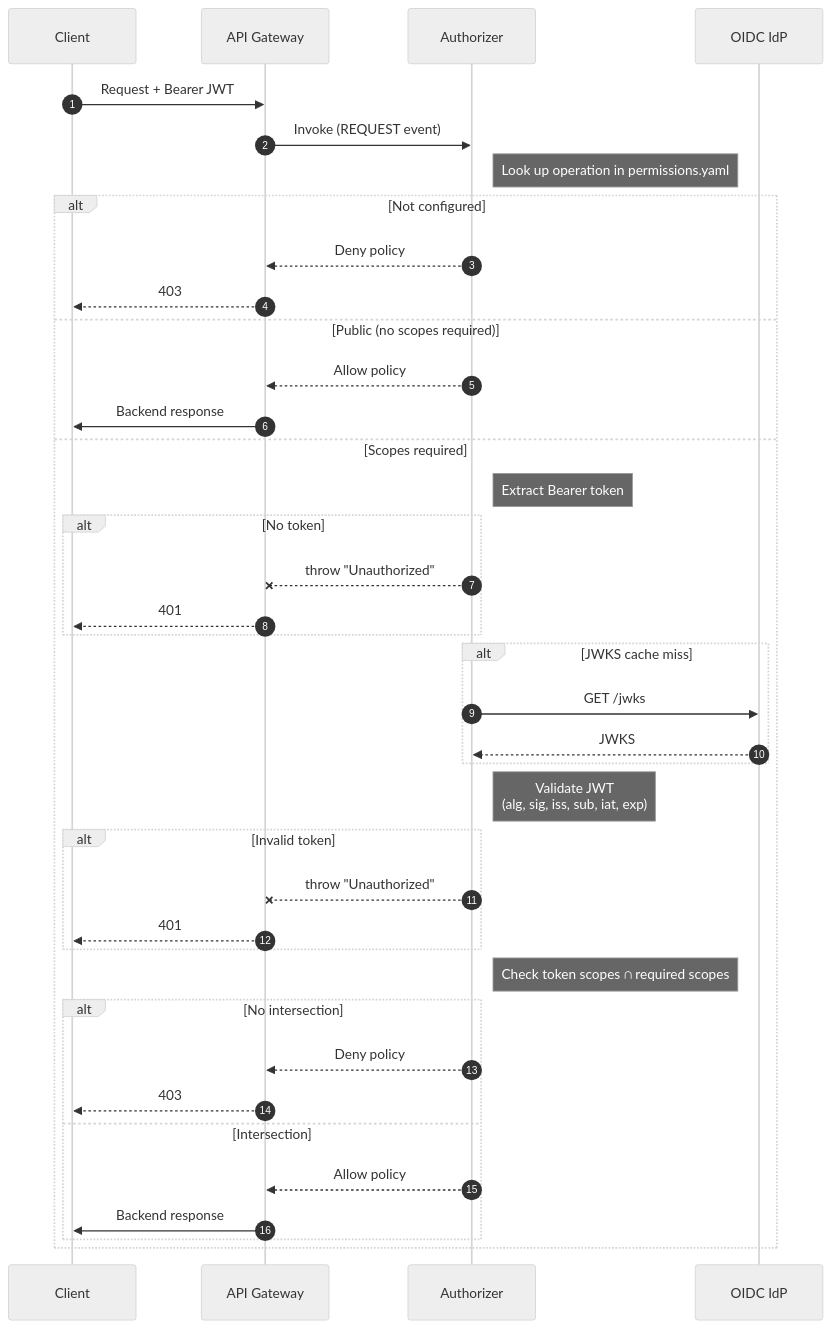
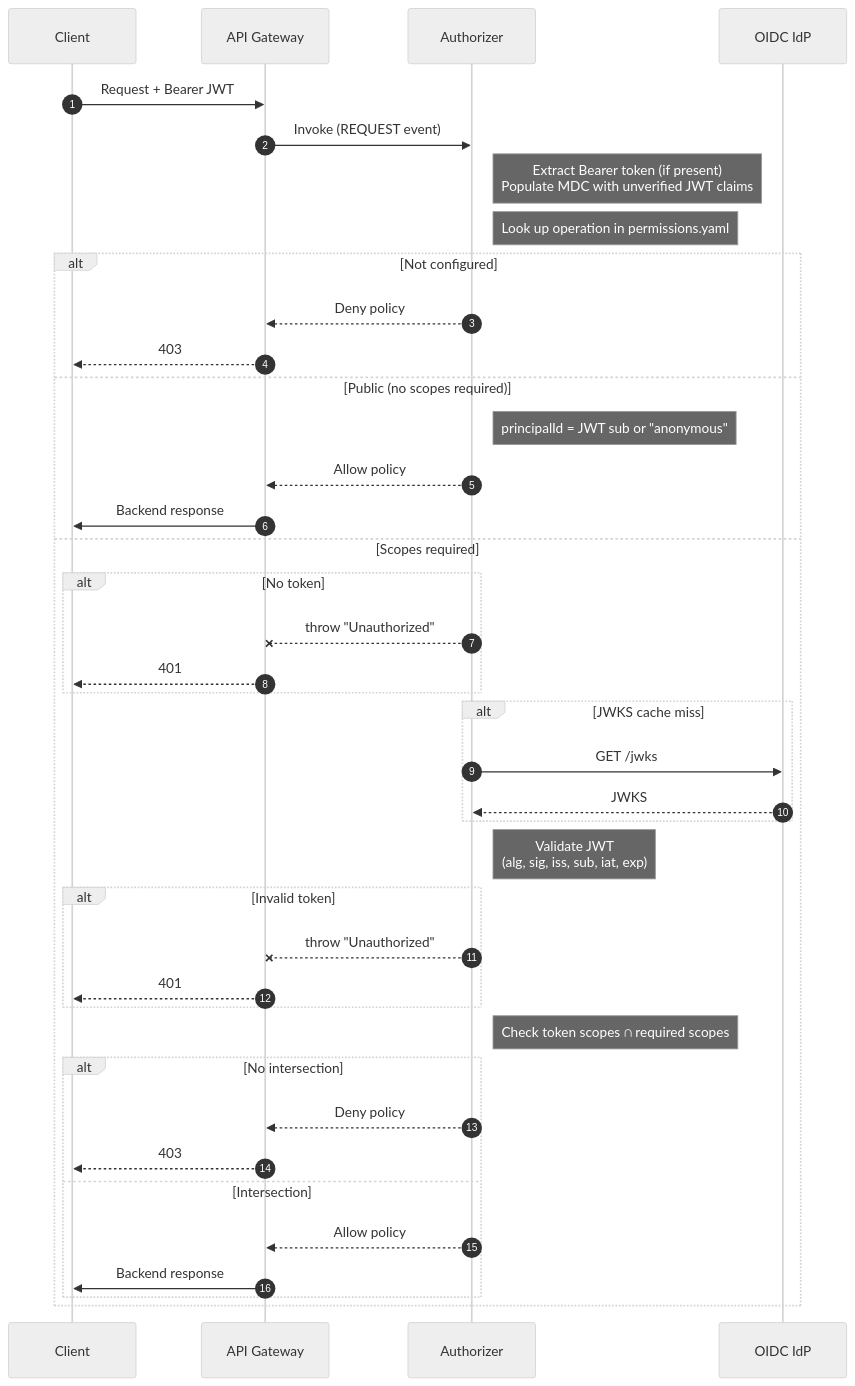
Before and after one commit to adamdezsi89/secret-lambda: the diagram in README.md, drawn with Mermaid (neutral theme). The commit also changed other lines of this file and 2 other files, not shown here.

````diff
--- a/README.md
+++ b/README.md
@@ -57,50 +59,51 @@
 ```mermaid
 sequenceDiagram
   autonumber
   participant C as Client
   participant AG as API Gateway
   participant LA as Authorizer
   participant IdP as OIDC IdP
 
   C->>AG: Request + Bearer JWT
   AG->>LA: Invoke (REQUEST event)
 
+  note right of LA: Extract Bearer token (if present)<br/>Populate MDC with unverified JWT claims
   note right of LA: Look up operation in permissions.yaml
 
   alt Not configured
     LA-->>AG: Deny policy
     AG-->>C: 403
   else Public (no scopes required)
+    note right of LA: principalId = JWT sub or "anonymous"
     LA-->>AG: Allow policy
     AG->>C: Backend response
   else Scopes required
-    note right of LA: Extract Bearer token
 
     alt No token
       LA--xAG: throw "Unauthorized"
       AG-->>C: 401
     end
 
     alt JWKS cache miss
       LA->>IdP: GET /jwks
       IdP-->>LA: JWKS
     end
 
     note right of LA: Validate JWT<br/>(alg, sig, iss, sub, iat, exp)
 
     alt Invalid token
       LA--xAG: throw "Unauthorized"
       AG-->>C: 401
     end
 
     note right of LA: Check token scopes ∩ required scopes
 
     alt No intersection
       LA-->>AG: Deny policy
       AG-->>C: 403
     else Intersection
       LA-->>AG: Allow policy
       AG->>C: Backend response
     end
   end
 ```
````
